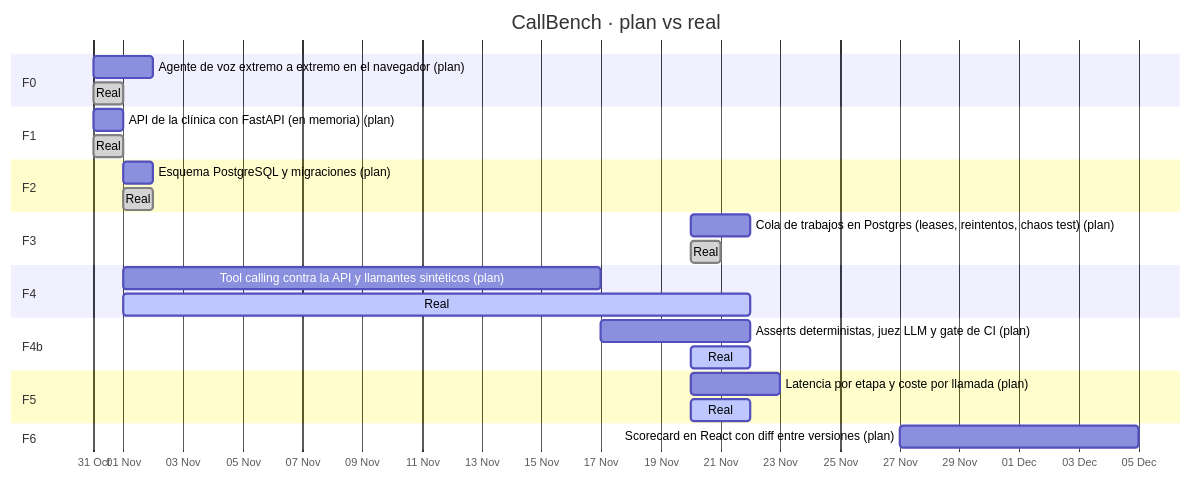
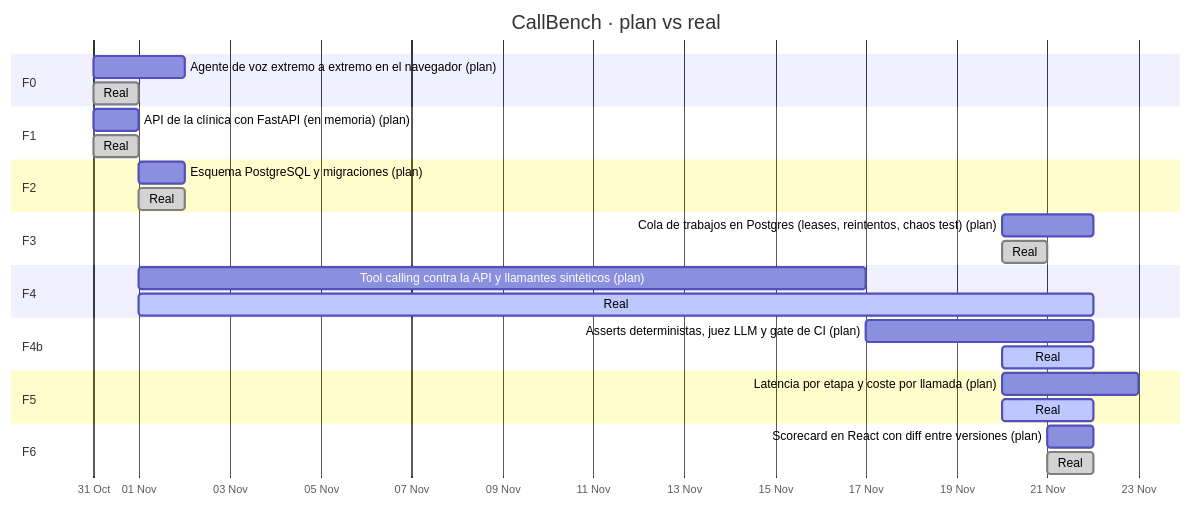
One commit to gabrielespelleta94/callbench changed the diagram in docs/bitacora/GANTT.md. Above: the diagram before and after it, drawn with Mermaid. The commit also changed other lines of this file and 41 other files, not shown here.

First line of the commit message:
Add the regression gate, results API and React scorecard

````diff
--- a/docs/bitacora/GANTT.md
+++ b/docs/bitacora/GANTT.md
@@ -9,30 +9,31 @@
 ```mermaid
 gantt
     title CallBench · plan vs real
     dateFormat YYYY-MM-DD
     axisFormat %d %b
     todayMarker on
     section F0
     Agente de voz extremo a extremo en el navegador (plan) :F0p, 2026-10-31, 2026-11-02
     Real :done, F0r, 2026-10-31, 2026-11-01
     section F1
     API de la clínica con FastAPI (en memoria) (plan) :F1p, 2026-10-31, 2026-11-01
     Real :done, F1r, 2026-10-31, 2026-11-01
     section F2
     Esquema PostgreSQL y migraciones (plan) :F2p, 2026-11-01, 2026-11-02
     Real :done, F2r, 2026-11-01, 2026-11-02
     section F3
     Cola de trabajos en Postgres (leases, reintentos, chaos test) (plan) :F3p, 2026-11-20, 2026-11-22
     Real :done, F3r, 2026-11-20, 2026-11-21
     section F4
     Tool calling contra la API y llamantes sintéticos (plan) :F4p, 2026-11-01, 2026-11-17
     Real :active, F4r, 2026-11-01, 2026-11-22
     section F4b
     Asserts deterministas, juez LLM y gate de CI (plan) :F4bp, 2026-11-17, 2026-11-22
     Real :active, F4br, 2026-11-20, 2026-11-22
     section F5
     Latencia por etapa y coste por llamada (plan) :F5p, 2026-11-20, 2026-11-23
     Real :active, F5r, 2026-11-20, 2026-11-22
     section F6
-    Scorecard en React con diff entre versiones (plan) :F6p, 2026-11-27, 2026-12-05
+    Scorecard en React con diff entre versiones (plan) :F6p, 2026-11-21, 2026-11-22
+    Real :done, F6r, 2026-11-21, 2026-11-22
 ```
````
